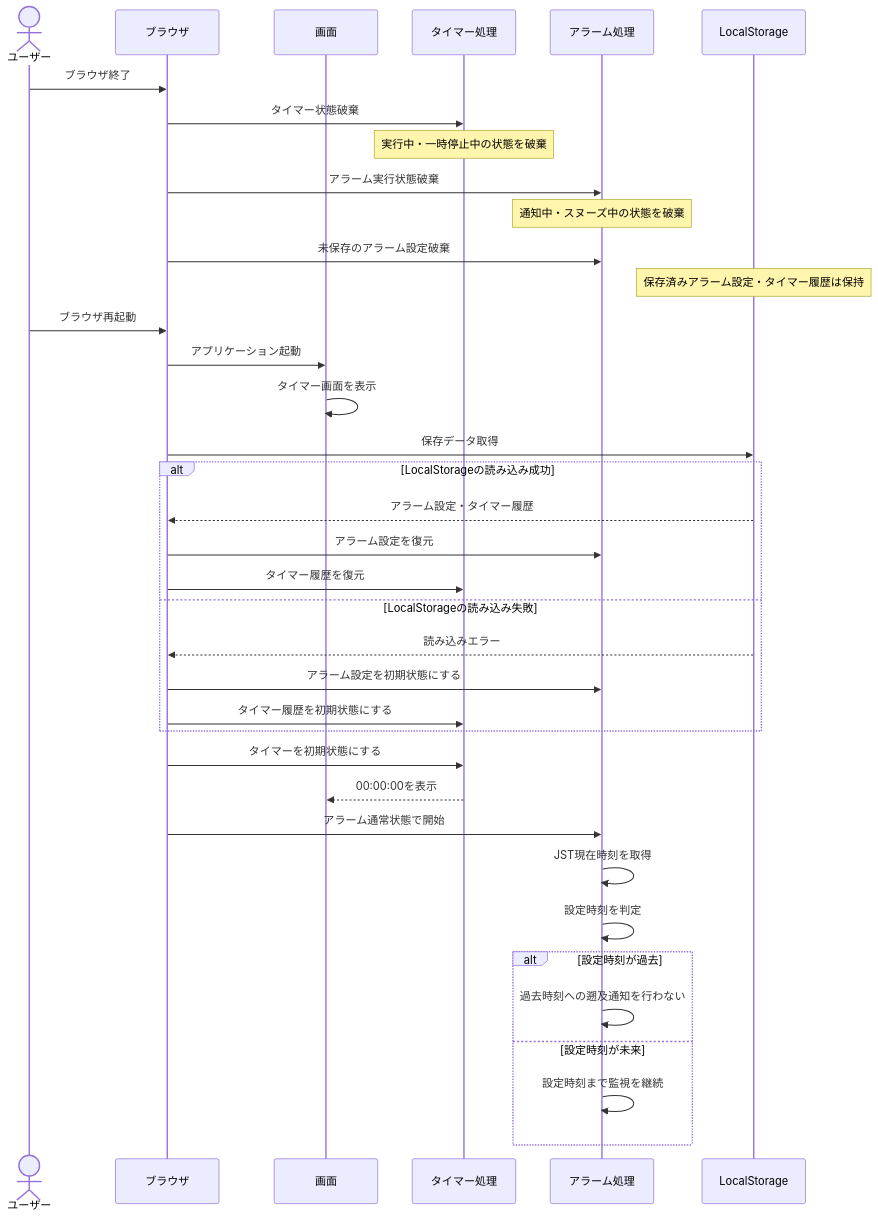
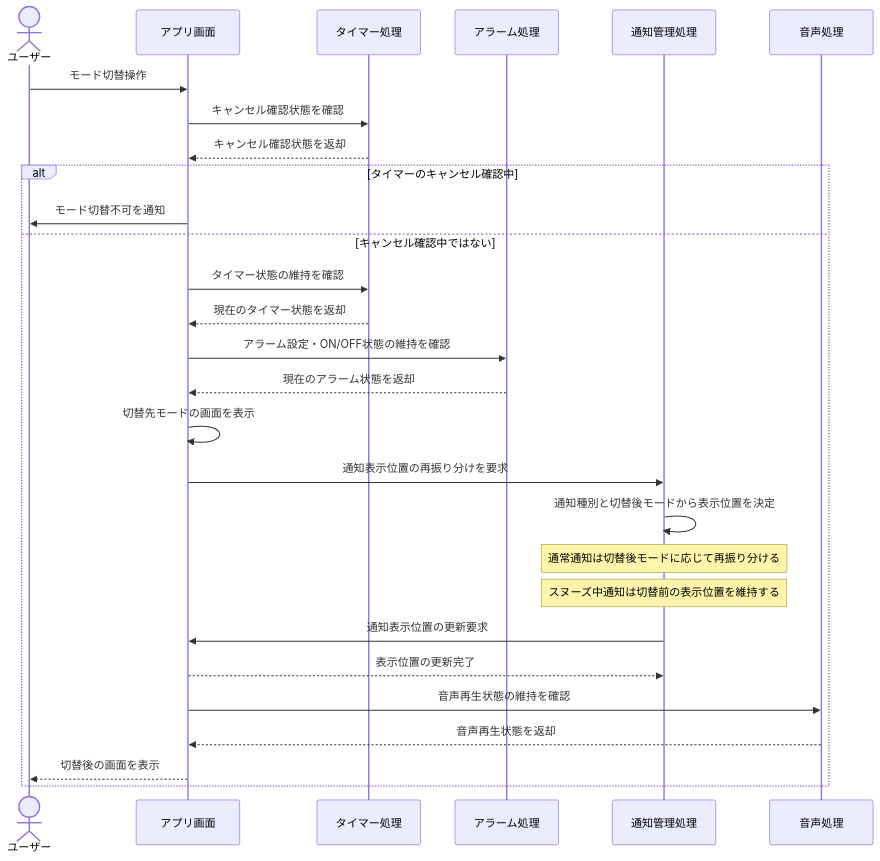
One commit to shun62201234-crypto/timerApplication changed the third of 4 diagrams in document/設計/シーケンス図/共通シーケンス図.md. Above: the diagram before and after it, drawn with Mermaid. The commit also changed other lines of this file, not shown here.

First line of the commit message:
共通シーケンス図修正

````diff
--- a/document/設計/シーケンス図/共通シーケンス図.md
+++ b/document/設計/シーケンス図/共通シーケンス図.md
@@ -52,51 +104,37 @@
 ```mermaid
 sequenceDiagram
-    actor ユーザー
-    participant Browser as ブラウザ
-    participant UI as 画面
+    actor User as ユーザー
+    participant UI as アプリ画面
     participant Timer as タイマー処理
     participant Alarm as アラーム処理
-    participant Storage as LocalStorage
+    participant Notify as 通知管理処理
+    participant Audio as 音声処理
 
-    ユーザー->>Browser: ブラウザ終了
+    User->>UI: モード切替操作
+    UI->>Timer: キャンセル確認状態を確認
+    Timer-->>UI: キャンセル確認状態を返却
 
-    Browser->>Timer: タイマー状態破棄
-    Note over Timer: 実行中・一時停止中の状態を破棄
+    alt タイマーのキャンセル確認中
+        UI->>User: モード切替不可を通知
+    else キャンセル確認中ではない
+        UI->>Timer: タイマー状態の維持を確認
+        Timer-->>UI: 現在のタイマー状態を返却
 
-    Browser->>Alarm: アラーム実行状態破棄
-    Note over Alarm: 通知中・スヌーズ中の状態を破棄
+        UI->>Alarm: アラーム設定・ON/OFF状態の維持を確認
+        Alarm-->>UI: 現在のアラーム状態を返却
 
-    Browser->>Alarm: 未保存のアラーム設定破棄
-    Note over Storage: 保存済みアラーム設定・タイマー履歴は保持
+        UI->>UI: 切替先モードの画面を表示
 
-    ユーザー->>Browser: ブラウザ再起動
-    Browser->>UI: アプリケーション起動
+        UI->>Notify: 通知表示位置の再振り分けを要求
+        Notify->>Notify: 通知種別と切替後モードから表示位置を決定
+        Note over Notify: 通常通知は切替後モードに応じて再振り分ける
+        Note over Notify: スヌーズ中通知は切替前の表示位置を維持する
+        Notify->>UI: 通知表示位置の更新要求
+        UI-->>Notify: 表示位置の更新完了
 
-    UI->>UI: タイマー画面を表示
+        UI->>Audio: 音声再生状態の維持を確認
+        Audio-->>UI: 音声再生状態を返却
 
-    Browser->>Storage: 保存データ取得
-
-    alt LocalStorageの読み込み成功
-        Storage-->>Browser: アラーム設定・タイマー履歴
-        Browser->>Alarm: アラーム設定を復元
-        Browser->>Timer: タイマー履歴を復元
-
-    else LocalStorageの読み込み失敗
-        Storage-->>Browser: 読み込みエラー
-        Browser->>Alarm: アラーム設定を初期状態にする
-        Browser->>Timer: タイマー履歴を初期状態にする
-    end
-
-    Browser->>Timer: タイマーを初期状態にする
-    Timer-->>UI: 00:00:00を表示
-
-    Browser->>Alarm: アラーム通常状態で開始
-    Alarm->>Alarm: JST現在時刻を取得
-    Alarm->>Alarm: 設定時刻を判定
-
-    alt 設定時刻が過去
-        Alarm->>Alarm: 過去時刻への遡及通知を行わない
-    else 設定時刻が未来
-        Alarm->>Alarm: 設定時刻まで監視を継続
+        UI-->>User: 切替後の画面を表示
     end
 ```
````
